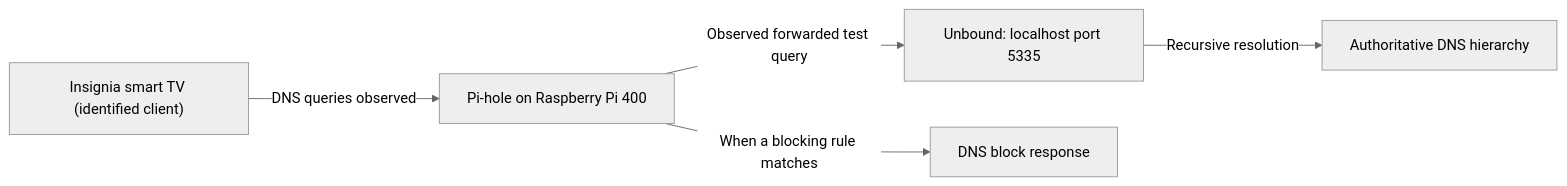
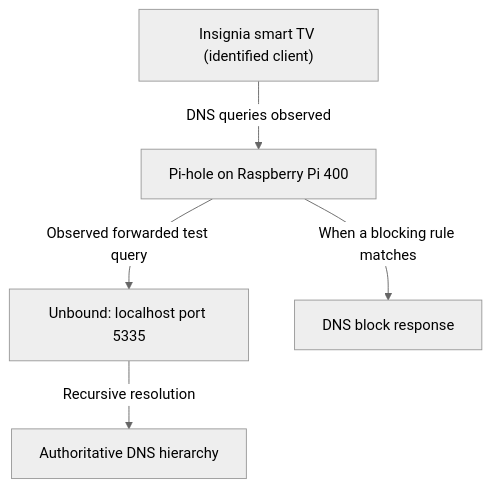
The diagram in README.md (bemerson24/raspberry-pi-pihole), drawn with Mermaid (neutral theme) before and after one commit.

Commit message:
Improve DNS diagram readability in GitHub README

````diff
--- a/README.md
+++ b/README.md
@@ -29,7 +29,7 @@
 ```mermaid
-flowchart LR
+flowchart TB
     TV["Insignia smart TV (identified client)"] -->|"DNS queries observed"| PH["Pi-hole on Raspberry Pi 400"]
     PH -->|"Observed forwarded test query"| UB["Unbound: localhost port 5335"]
     UB -->|"Recursive resolution"| AUTH["Authoritative DNS hierarchy"]
     PH -->|"When a blocking rule matches"| BLOCK["DNS block response"]
 ```
````
